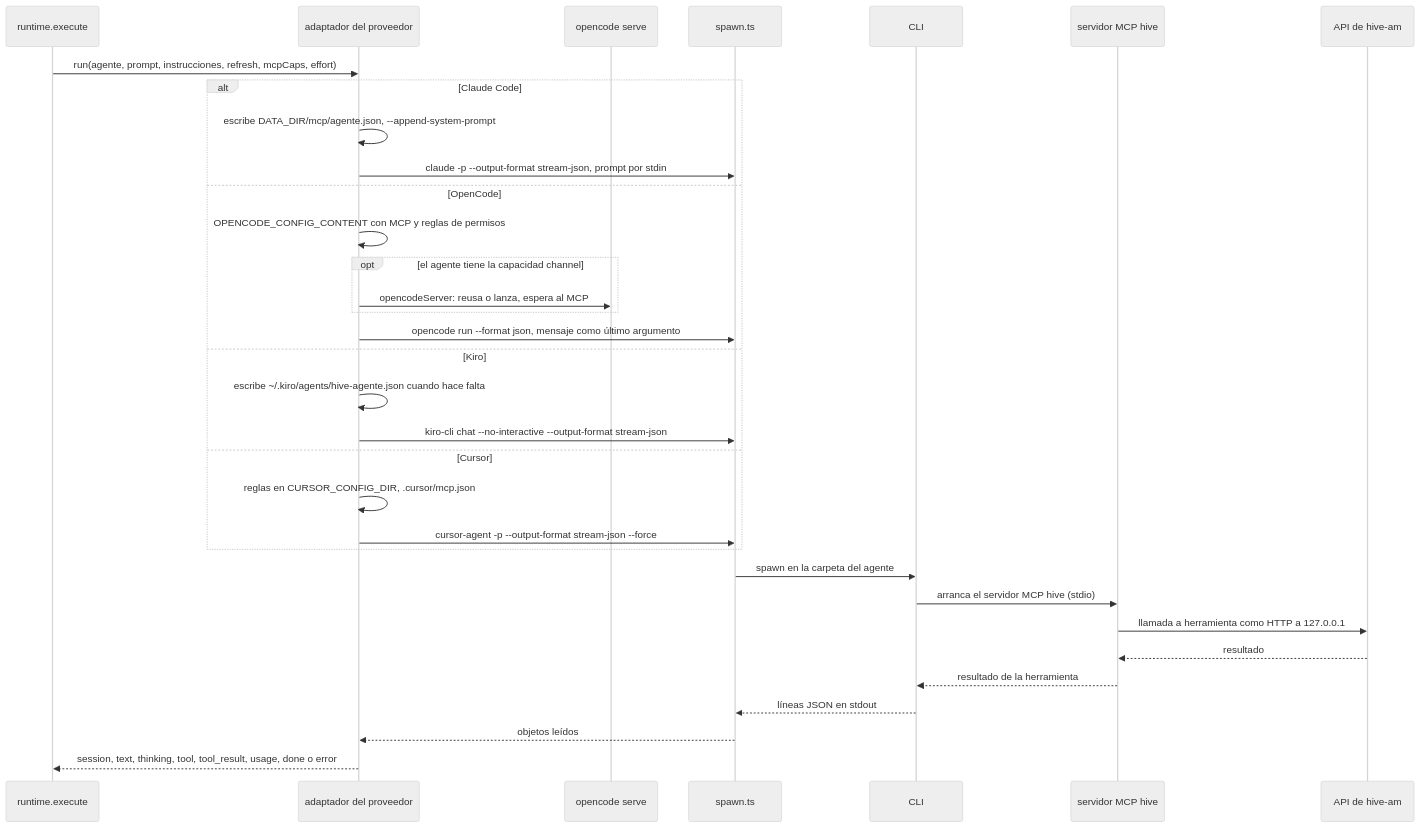
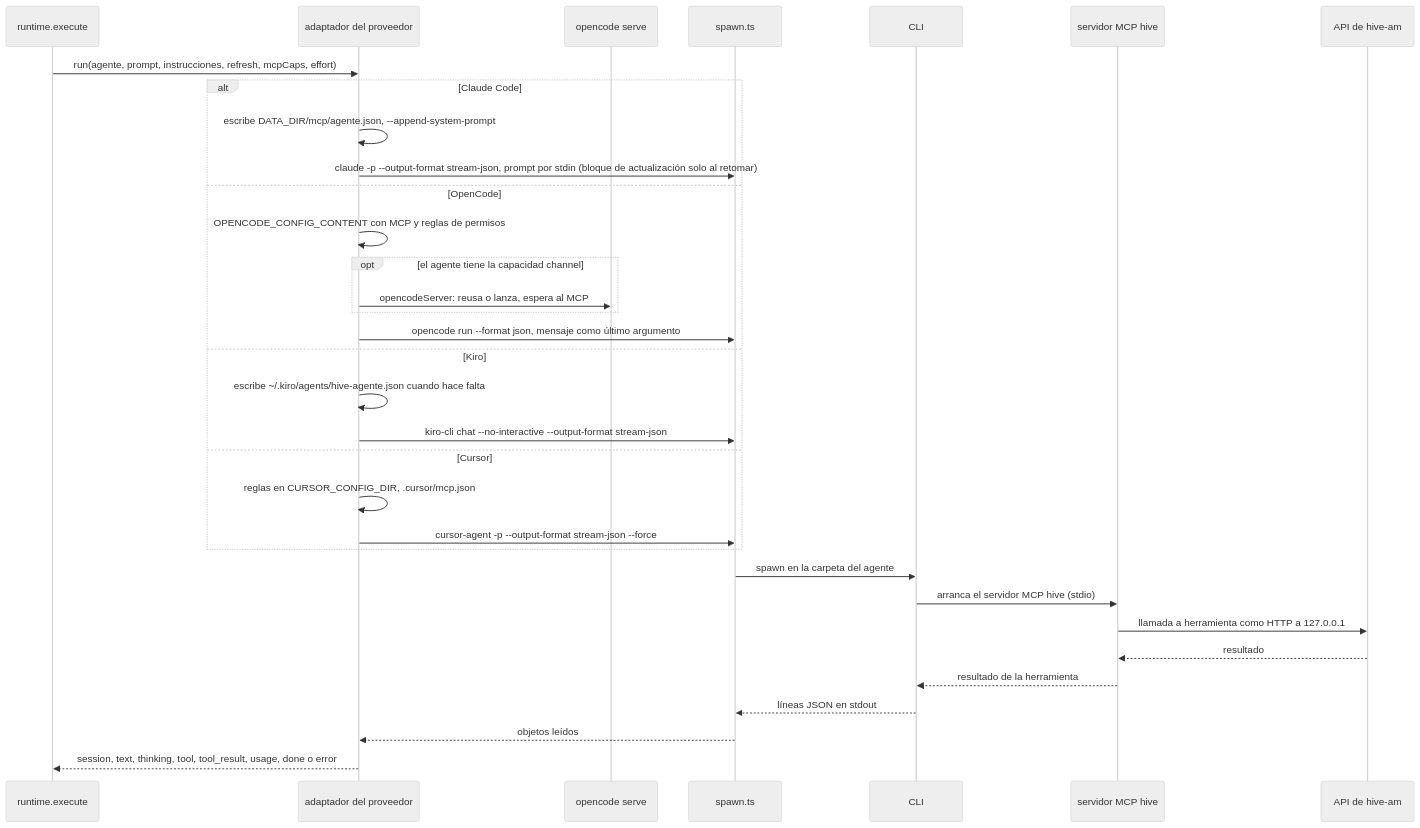
One commit to hughcbscrt/hive-am changed the diagram in docs/diagrams/es/10-providers.md. Above: the diagram before and after it, drawn with Mermaid (neutral theme). The commit also changed other lines of this file and 10 other files, not shown here.

````diff
--- a/docs/diagrams/es/10-providers.md
+++ b/docs/diagrams/es/10-providers.md
@@ -15,36 +15,36 @@
 ```mermaid
 sequenceDiagram
   participant X as runtime.execute
   participant A as adaptador del proveedor
   participant O as opencode serve
   participant S as spawn.ts
   participant L as CLI
   participant M as servidor MCP hive
   participant H as API de hive-am
 
   X->>A: run(agente, prompt, instrucciones, refresh, mcpCaps, effort)
   alt Claude Code
     A->>A: escribe DATA_DIR/mcp/agente.json, --append-system-prompt
-    A->>S: claude -p --output-format stream-json, prompt por stdin
+    A->>S: claude -p --output-format stream-json, prompt por stdin (bloque de actualización solo al retomar)
   else OpenCode
     A->>A: OPENCODE_CONFIG_CONTENT con MCP y reglas de permisos
     opt el agente tiene la capacidad channel
       A->>O: opencodeServer: reusa o lanza, espera al MCP
     end
     A->>S: opencode run --format json, mensaje como último argumento
   else Kiro
     A->>A: escribe ~/.kiro/agents/hive-agente.json cuando hace falta
     A->>S: kiro-cli chat --no-interactive --output-format stream-json
   else Cursor
     A->>A: reglas en CURSOR_CONFIG_DIR, .cursor/mcp.json
     A->>S: cursor-agent -p --output-format stream-json --force
   end
   S->>L: spawn en la carpeta del agente
   L->>M: arranca el servidor MCP hive (stdio)
   M->>H: llamada a herramienta como HTTP a 127.0.0.1
   H-->>M: resultado
   M-->>L: resultado de la herramienta
   L-->>S: líneas JSON en stdout
   S-->>A: objetos leídos
   A-->>X: session, text, thinking, tool, tool_result, usage, done o error
 ```
````
